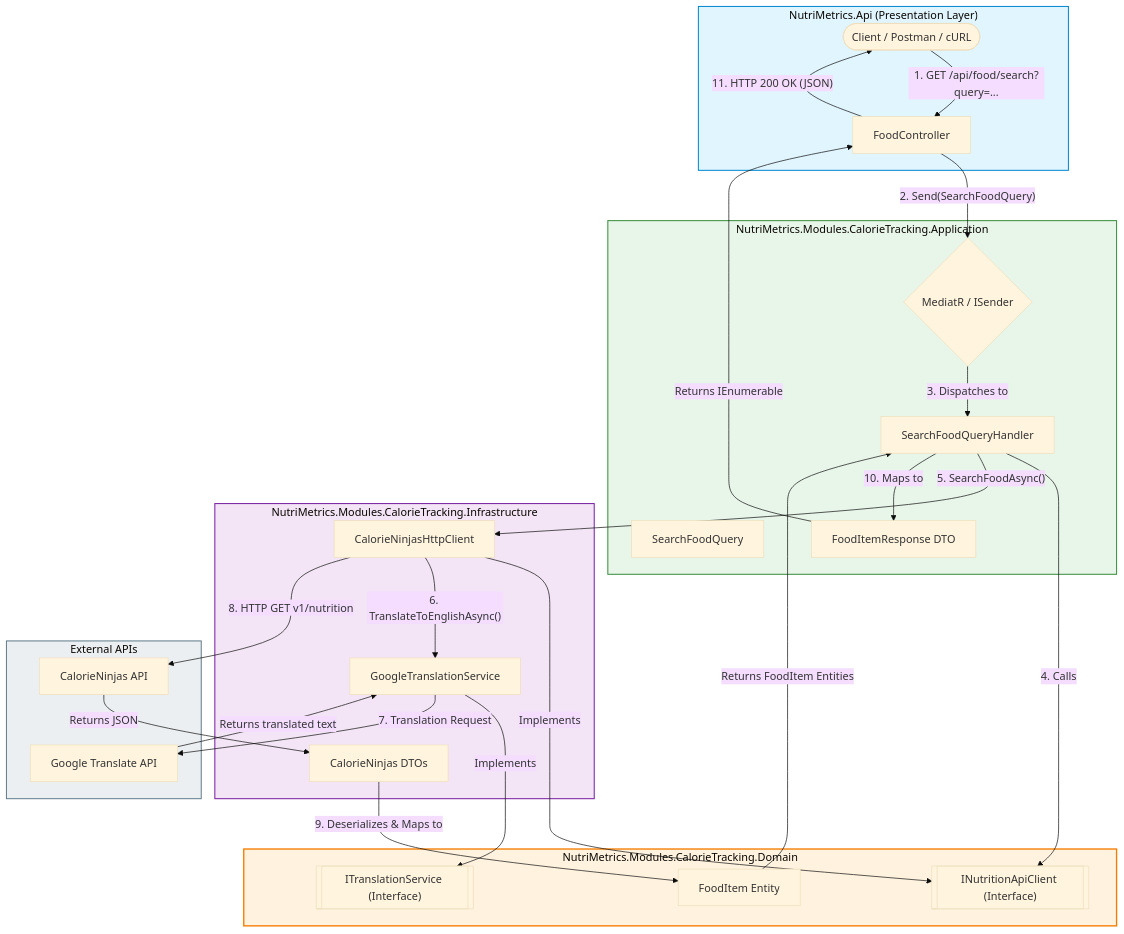
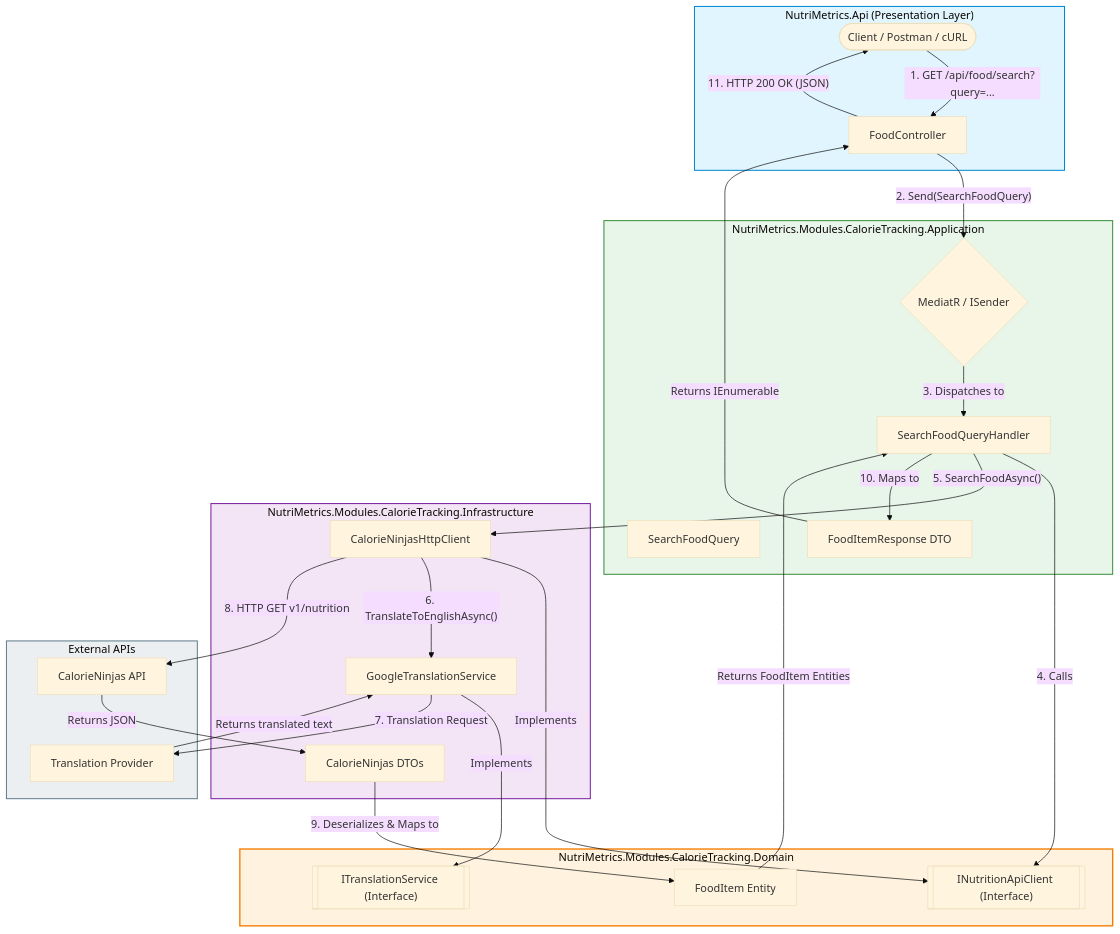
Before and after one commit to quirosmirandavictor/nutri_metrics: the diagram in README.md, drawn with Mermaid (base theme). The commit also changed other lines of this file, not shown here.

````diff
--- a/README.md
+++ b/README.md
@@ -24,72 +70,72 @@
 ```mermaid
 graph TD
     %% Client & Host Layer
     subgraph Host["NutriMetrics.Api (Presentation Layer)"]
         Client([Client / Postman / cURL])
         Controller[FoodController]
     end
 
     %% Application Layer (CQRS)
     subgraph Application["NutriMetrics.Modules.CalorieTracking.Application"]
         Mediator{MediatR / ISender}
         Query[SearchFoodQuery]
         Handler[SearchFoodQueryHandler]
         ResponseDTO[FoodItemResponse DTO]
     end
 
     %% Domain Layer
     subgraph Domain["NutriMetrics.Modules.CalorieTracking.Domain"]
         Entity[FoodItem Entity]
         NutritionContract[["INutritionApiClient (Interface)"]]
         TranslationContract[["ITranslationService (Interface)"]]
     end
 
     %% Infrastructure Layer
     subgraph Infrastructure["NutriMetrics.Modules.CalorieTracking.Infrastructure"]
         HttpClient[CalorieNinjasHttpClient]
         TranslateService[GoogleTranslationService]
         ExternalDTOs[CalorieNinjas DTOs]
     end
 
     %% External Services
     subgraph External["External APIs"]
-        GoogleAPI["Google Translate API"]
+        GoogleAPI["Translation Provider"]
         CalorieNinjasAPI["CalorieNinjas API"]
     end
 
     %% Flow Relationships
     Client -->|"1. GET /api/food/search?query=..."| Controller
     Controller -->|"2. Send(SearchFoodQuery)"| Mediator
     Mediator -->|"3. Dispatches to"| Handler
     Handler -->|"4. Calls"| NutritionContract
     
     HttpClient -->|"Implements"| NutritionContract
     TranslateService -->|"Implements"| TranslationContract
 
     Handler -->|"5. SearchFoodAsync()"| HttpClient
     HttpClient -->|"6. TranslateToEnglishAsync()"| TranslateService
     TranslateService -->|"7. Translation Request"| GoogleAPI
     GoogleAPI -->|"Returns translated text"| TranslateService
     
     HttpClient -->|"8. HTTP GET v1/nutrition"| CalorieNinjasAPI
     CalorieNinjasAPI -->|"Returns JSON"| ExternalDTOs
     ExternalDTOs -->|"9. Deserializes & Maps to"| Entity
     
     Entity -->|"Returns FoodItem Entities"| Handler
     Handler -->|"10. Maps to"| ResponseDTO
     ResponseDTO -->|"Returns IEnumerable"| Controller
     Controller -->|"11. HTTP 200 OK (JSON)"| Client
 
     %% Styling
     classDef host fill:#e1f5fe,stroke:#0288d1,stroke-width:1.5px;
     classDef app fill:#e8f5e9,stroke:#388e3c,stroke-width:1.5px;
     classDef domain fill:#fff3e0,stroke:#f57c00,stroke-width:2px;
     classDef infra fill:#f3e5f5,stroke:#7b1fa2,stroke-width:1.5px;
     classDef ext fill:#eceff1,stroke:#607d8b,stroke-width:1.5px;
 
     class Host host;
     class Application app;
     class Domain domain;
     class Infrastructure infra;
     class External ext;
 ```
````
